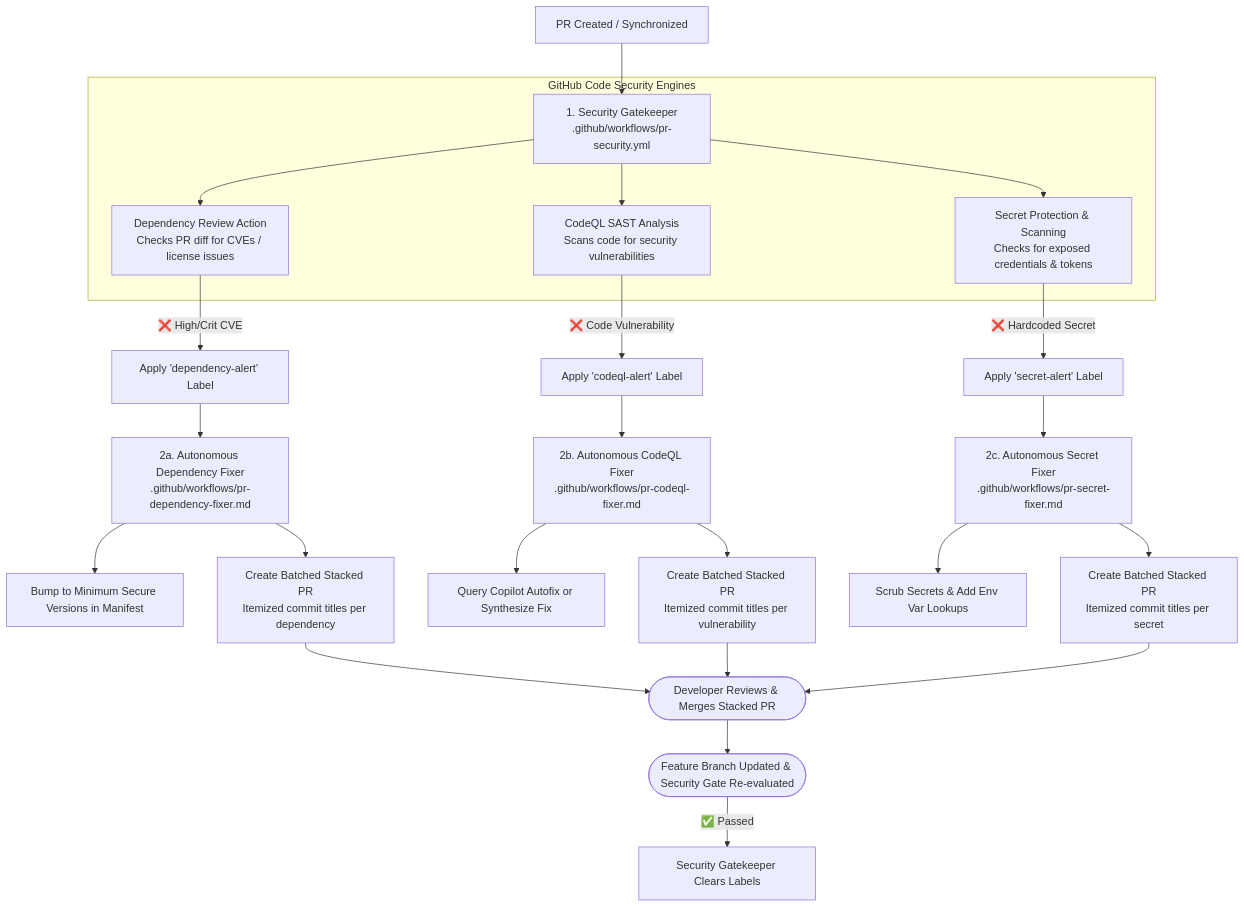
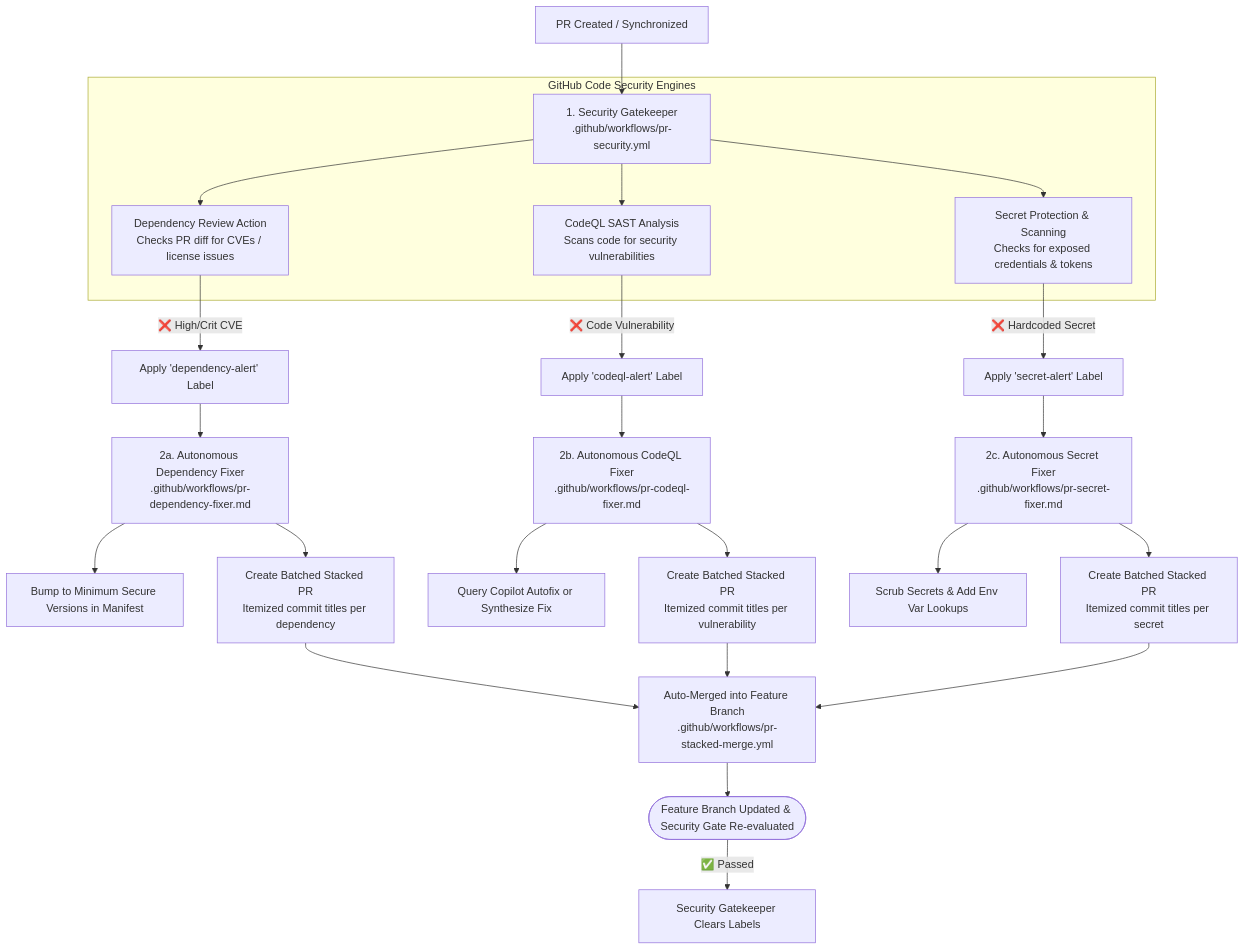
The first of 2 diagrams in docs/pr-security-and-fixer.md (SitoaderOrg/ForgeFlow), drawn with Mermaid before and after one commit. The commit also changed other lines of this file and 3 other files, not shown here.

First line of the commit message:
docs: align module documentation and mermaid diagrams with auto-merge consolidation flow

````diff
--- a/docs/pr-security-and-fixer.md
+++ b/docs/pr-security-and-fixer.md
@@ -9,33 +9,33 @@
 ```mermaid
 flowchart TD
     PR[PR Created / Synchronized] --> SecGate[1. Security Gatekeeper\n.github/workflows/pr-security.yml]
     
     subgraph GitHub_Code_Security [GitHub Code Security Engines]
         SecGate --> DepReview[Dependency Review Action\nChecks PR diff for CVEs / license issues]
         SecGate --> CodeQL[CodeQL SAST Analysis\nScans code for security vulnerabilities]
         SecGate --> SecScan[Secret Protection & Scanning\nChecks for exposed credentials & tokens]
     end
 
     DepReview -->|❌ High/Crit CVE| AddDepLabel[Apply 'dependency-alert' Label]
     CodeQL -->|❌ Code Vulnerability| AddCodeqlLabel[Apply 'codeql-alert' Label]
     SecScan -->|❌ Hardcoded Secret| AddSecretLabel[Apply 'secret-alert' Label]
 
     AddDepLabel --> DepFixer[2a. Autonomous Dependency Fixer\n.github/workflows/pr-dependency-fixer.md]
     DepFixer --> BumpDep[Bump to Minimum Secure Versions in Manifest]
     DepFixer --> StackedPRDep[Create Batched Stacked PR\nItemized commit titles per dependency]
 
     AddCodeqlLabel --> CodeqlFixer[2b. Autonomous CodeQL Fixer\n.github/workflows/pr-codeql-fixer.md]
     CodeqlFixer --> AutofixCheck[Query Copilot Autofix or Synthesize Fix]
     CodeqlFixer --> StackedPRCodeql[Create Batched Stacked PR\nItemized commit titles per vulnerability]
 
     AddSecretLabel --> SecretFixer[2c. Autonomous Secret Fixer\n.github/workflows/pr-secret-fixer.md]
     SecretFixer --> ScrubSecret[Scrub Secrets & Add Env Var Lookups]
     SecretFixer --> StackedPRSecret[Create Batched Stacked PR\nItemized commit titles per secret]
 
-    StackedPRDep --> DevReview([Developer Reviews & Merges Stacked PR])
-    StackedPRCodeql --> DevReview
-    StackedPRSecret --> DevReview
+    StackedPRDep --> AutoMerge[Auto-Merged into Feature Branch\n.github/workflows/pr-stacked-merge.yml]
+    StackedPRCodeql --> AutoMerge
+    StackedPRSecret --> AutoMerge
 
-    DevReview --> Recheck([Feature Branch Updated & Security Gate Re-evaluated])
+    AutoMerge --> Recheck([Feature Branch Updated & Security Gate Re-evaluated])
     Recheck -->|✅ Passed| ClearLabels[Security Gatekeeper Clears Labels]
 ```
````
